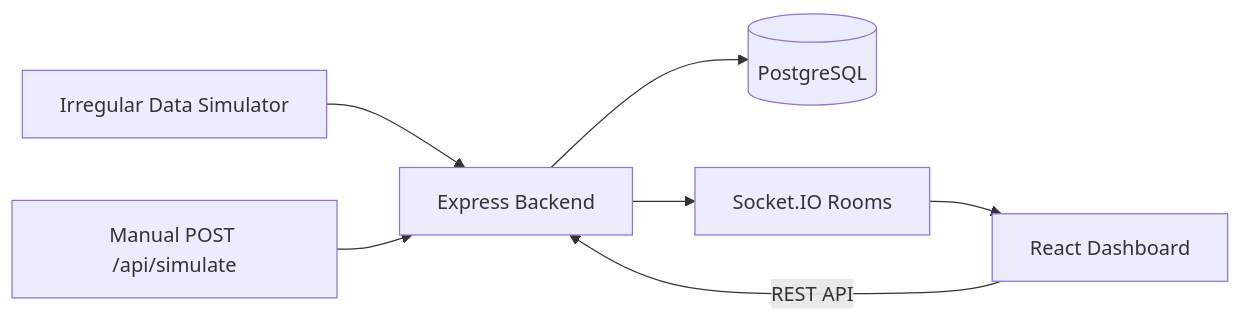
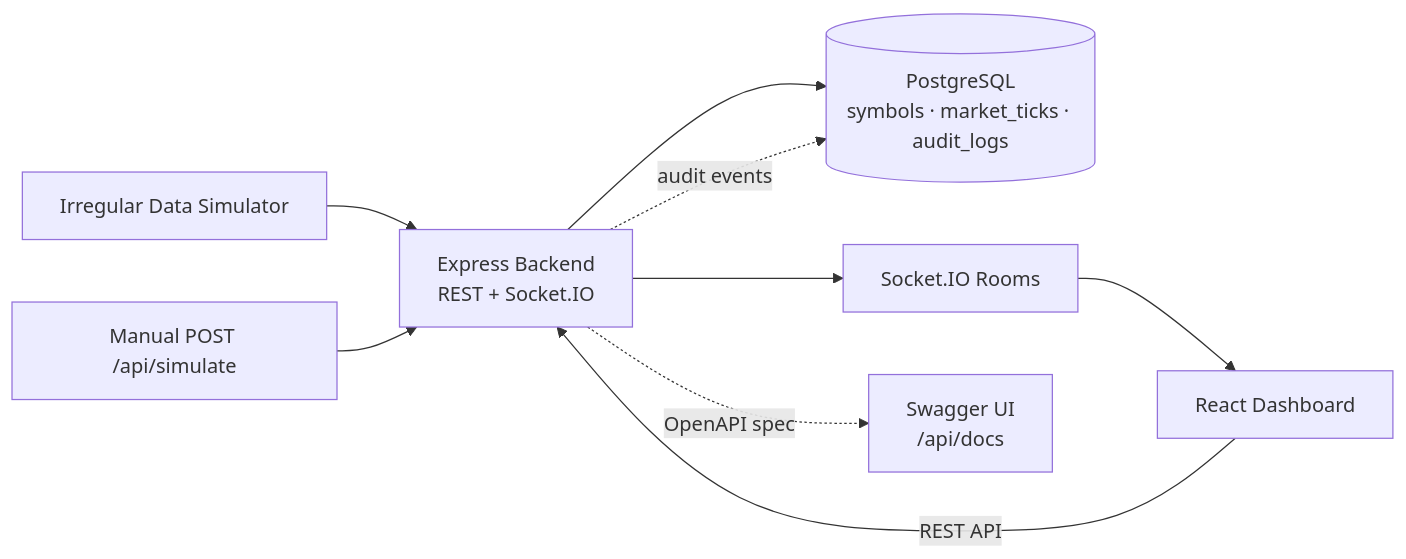
Before and after one commit to sayeed007/WingsFin-Real-Time-Market-Dashboard: the first of 3 diagrams in docs/architecture.md, drawn with Mermaid. The commit also changed other lines of this file and 11 other files, not shown here.

````diff
--- a/docs/architecture.md
+++ b/docs/architecture.md
@@ -15,9 +15,11 @@
 ```mermaid
 flowchart LR
-  Simulator["Irregular Data Simulator"] --> Backend["Express Backend"]
+  Simulator["Irregular Data Simulator"] --> Backend["Express Backend<br/>REST + Socket.IO"]
   ManualAPI["Manual POST /api/simulate"] --> Backend
-  Backend --> Postgres[("PostgreSQL")]
+  Backend --> Postgres[("PostgreSQL<br/>symbols · market_ticks · audit_logs")]
   Backend --> SocketRooms["Socket.IO Rooms"]
   SocketRooms --> Frontend["React Dashboard"]
   Frontend -- "REST API" --> Backend
+  Backend -. "OpenAPI spec" .-> Docs["Swagger UI<br/>/api/docs"]
+  Backend -. "audit events" .-> Postgres
 ```
````
